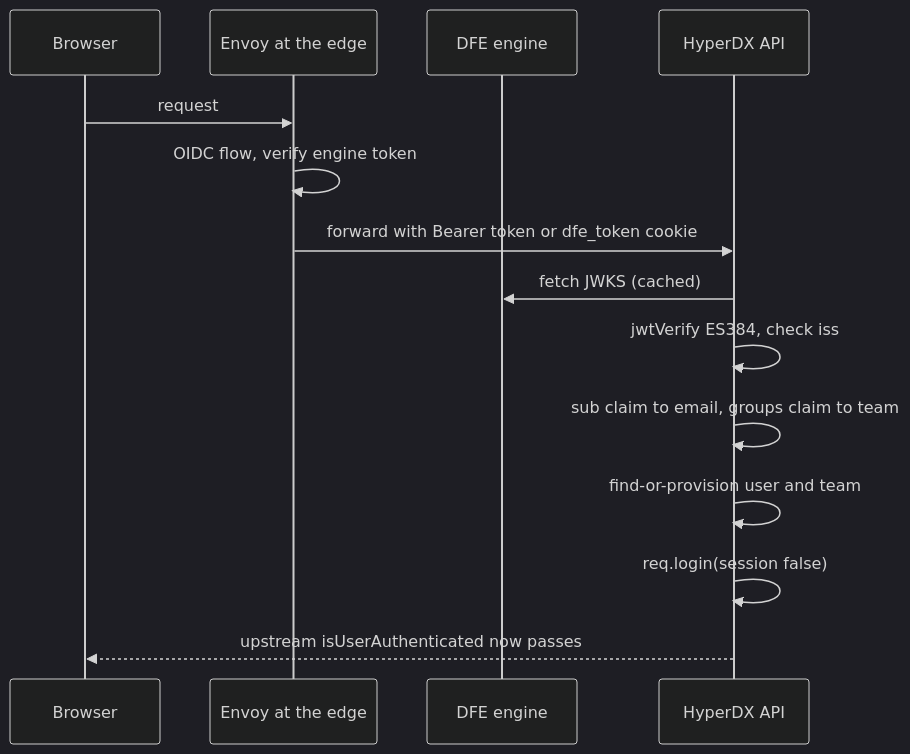
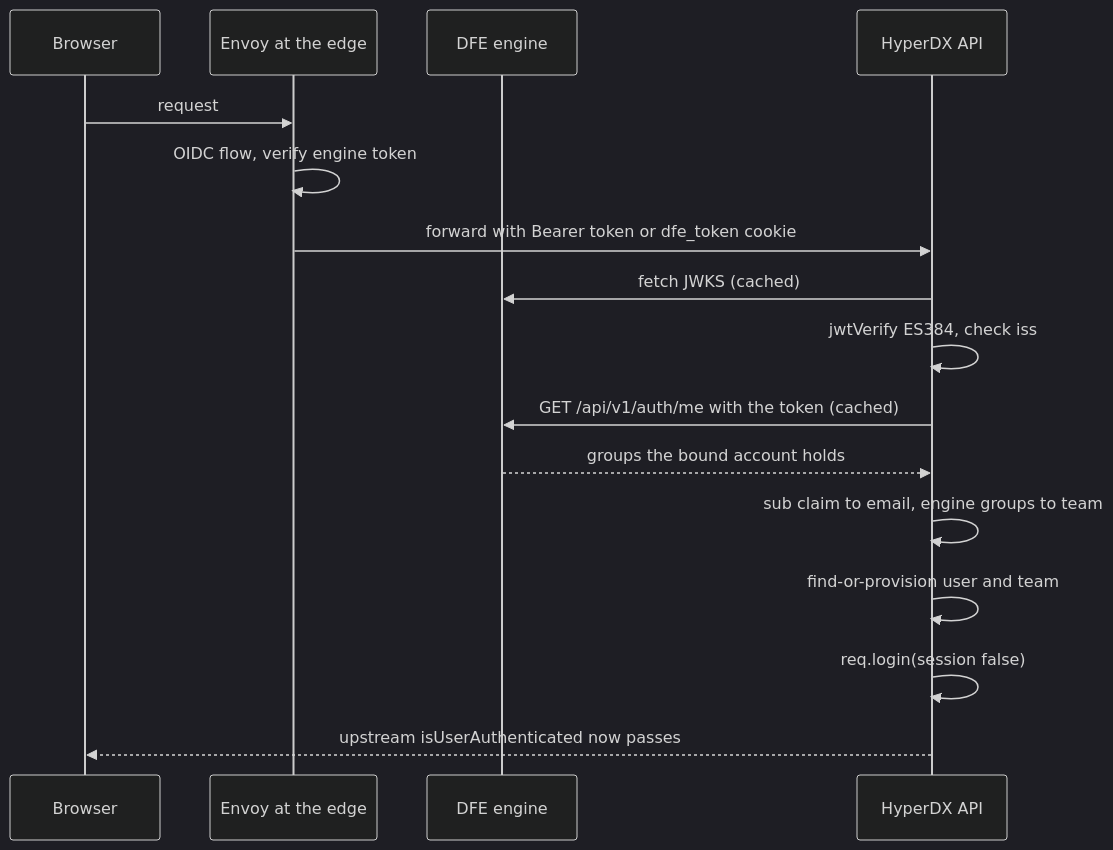
One commit to hyperi-io/dfe-hyperdx changed the first of 2 diagrams in docs/architecture/oidc-authentication.md. Above: the diagram before and after it, drawn with Mermaid (dark theme). The commit also changed other lines of this file and 6 other files, not shown here.

First line of the commit message:
fix(auth): take the team from the engine's answer (#101)

````diff
--- a/docs/architecture/oidc-authentication.md
+++ b/docs/architecture/oidc-authentication.md
@@ -18,17 +18,19 @@
 ```mermaid
 sequenceDiagram
     participant User as Browser
     participant Envoy as Envoy at the edge
     participant Engine as DFE engine
     participant HDX as HyperDX API
 
     User->>Envoy: request
     Envoy->>Envoy: OIDC flow, verify engine token
     Envoy->>HDX: forward with Bearer token or dfe_token cookie
     HDX->>Engine: fetch JWKS (cached)
     HDX->>HDX: jwtVerify ES384, check iss
-    HDX->>HDX: sub claim to email, groups claim to team
+    HDX->>Engine: GET /api/v1/auth/me with the token (cached)
+    Engine-->>HDX: groups the bound account holds
+    HDX->>HDX: sub claim to email, engine groups to team
     HDX->>HDX: find-or-provision user and team
     HDX->>HDX: req.login(session false)
     HDX-->>User: upstream isUserAuthenticated now passes
 ```
````
